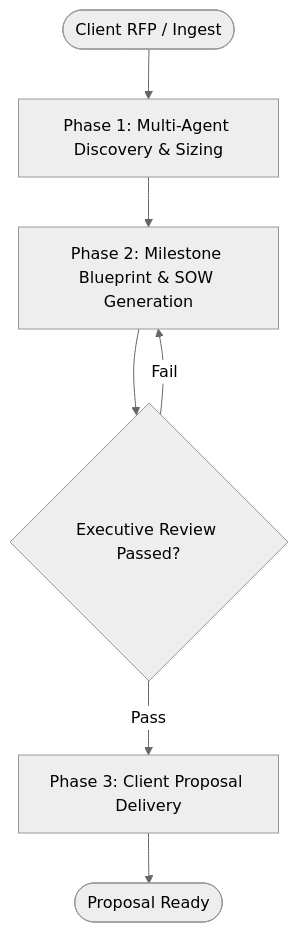
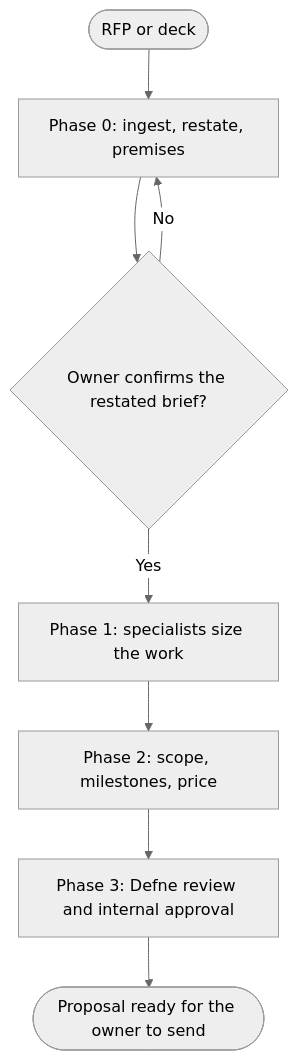
Before and after one commit to NeoAnthropocene/agents-united: the diagram in registry/skills/workflow-agency-client-pitch-proposal/SKILL.md, drawn with Mermaid (neutral theme). The commit also changed other lines of this file and 14 other files, not shown here.

First line of the commit message:
feat(skills): the six agency workflow skills become lead playbooks, and a brief-and-premises skill is wired into the lead (Plan 035 S6)

````diff
--- a/registry/skills/workflow-agency-client-pitch-proposal/SKILL.md
+++ b/registry/skills/workflow-agency-client-pitch-proposal/SKILL.md
@@ -21,9 +25,10 @@
 ```mermaid
 graph TD
-    Start([Client RFP / Ingest]) --> P1[Phase 1: Multi-Agent Discovery & Sizing]
-    P1 --> P2[Phase 2: Milestone Blueprint & SOW Generation]
-    P2 --> Gate1{"Executive Review Passed?"}
-    Gate1 -->|Fail| P2
-    Gate1 -->|Pass| P3[Phase 3: Client Proposal Delivery]
-    P3 --> Done([Proposal Ready])
+    R([RFP or deck]) --> P0[Phase 0: ingest, restate, premises]
+    P0 --> G0{Owner confirms the restated brief?}
+    G0 -->|No| P0
+    G0 -->|Yes| P1[Phase 1: specialists size the work]
+    P1 --> P2[Phase 2: scope, milestones, price]
+    P2 --> P3[Phase 3: Defne review and internal approval]
+    P3 --> Done([Proposal ready for the owner to send])
 ```
````
